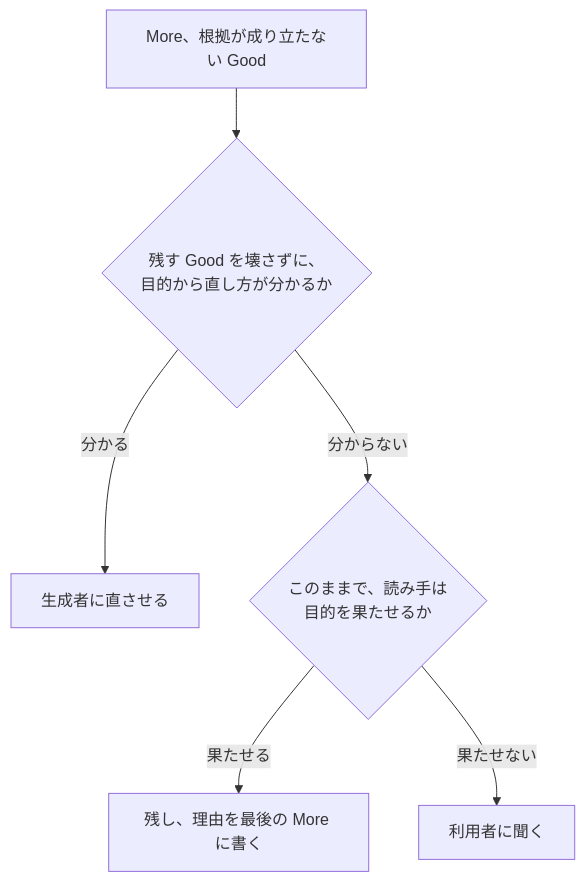
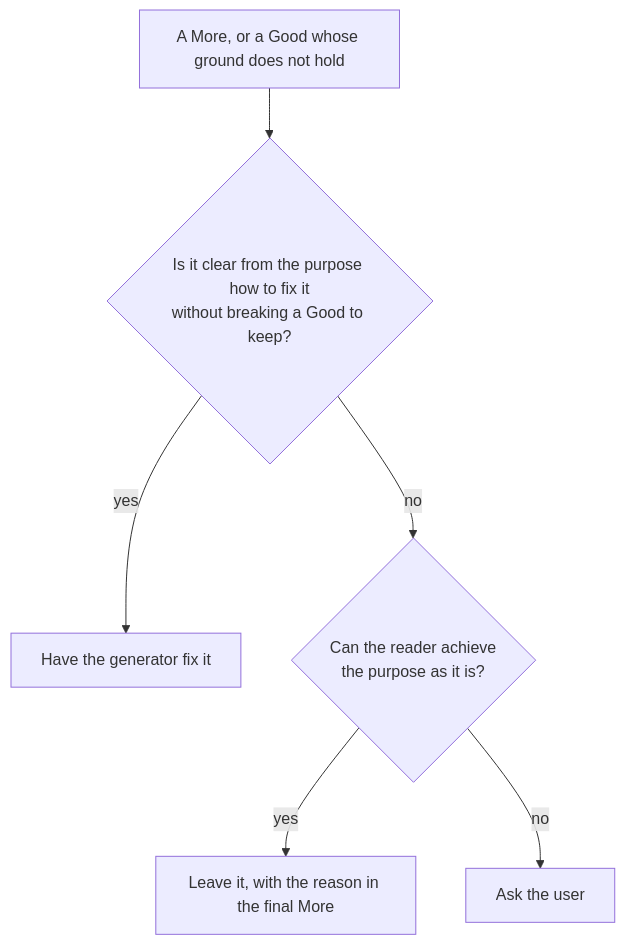
Before and after one commit to lovaizu/ccpm: the third of 4 diagrams in writ/docs/design.md, drawn with Mermaid. The commit also changed other lines of this file and 5 other files, not shown here.

````diff
--- a/writ/docs/design.md
+++ b/writ/docs/design.md
@@ -168,14 +168,14 @@
 ```mermaid
 flowchart TD
-  M[More、根拠が成り立たない Good]
-  Q1{残す Good を壊さずに、<br/>目的から直し方が分かるか}
-  X[生成者に直させる]
-  Q2{このままで、読み手は<br/>目的を果たせるか}
-  L[残し、理由を最後の More に書く]
-  B[利用者に聞く]
+  M[A More, or a Good whose ground does not hold]
+  Q1{Is it clear from the purpose how to fix it<br/>without breaking a Good to keep?}
+  X[Have the generator fix it]
+  Q2{Can the reader achieve<br/>the purpose as it is?}
+  L[Leave it, with the reason in the final More]
+  B[Ask the user]
   M --> Q1
-  Q1 -->|分かる| X
-  Q1 -->|分からない| Q2
-  Q2 -->|果たせる| L
-  Q2 -->|果たせない| B
+  Q1 -->|yes| X
+  Q1 -->|no| Q2
+  Q2 -->|yes| L
+  Q2 -->|no| B
 ```
````
